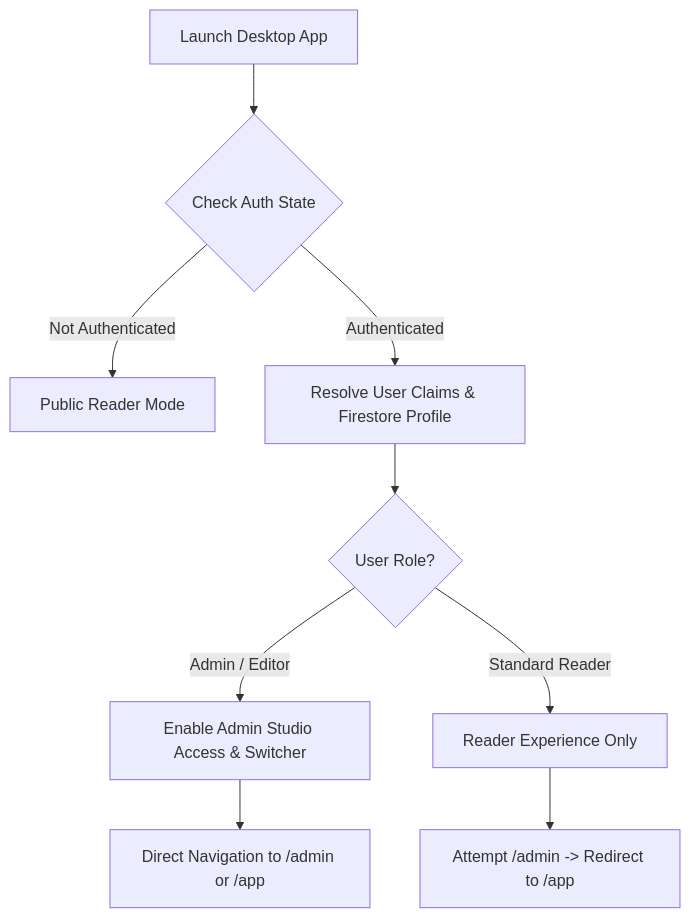
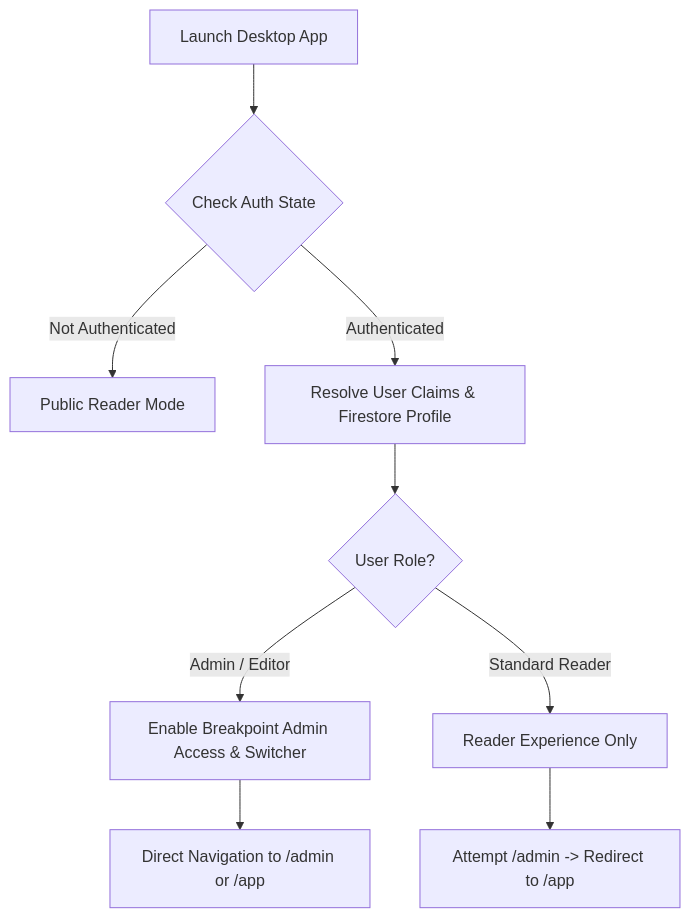
Before and after one commit to manasvignesh/Breakpoint-Desktop: the diagram in docs/auth-routing.md, drawn with Mermaid. The commit also changed 19 other files, not shown here.

````diff
--- a/docs/auth-routing.md
+++ b/docs/auth-routing.md
@@ -7,11 +7,11 @@
 ```mermaid
 flowchart TD
     A[Launch Desktop App] --> B{Check Auth State}
     B -- Not Authenticated --> C[Public Reader Mode]
     B -- Authenticated --> D[Resolve User Claims & Firestore Profile]
     D --> E{User Role?}
-    E -- Admin / Editor --> F[Enable Admin Studio Access & Switcher]
+    E -- Admin / Editor --> F[Enable Breakpoint Admin Access & Switcher]
     E -- Standard Reader --> G[Reader Experience Only]
     F --> H[Direct Navigation to /admin or /app]
     G --> I[Attempt /admin -> Redirect to /app]
 ```
````
